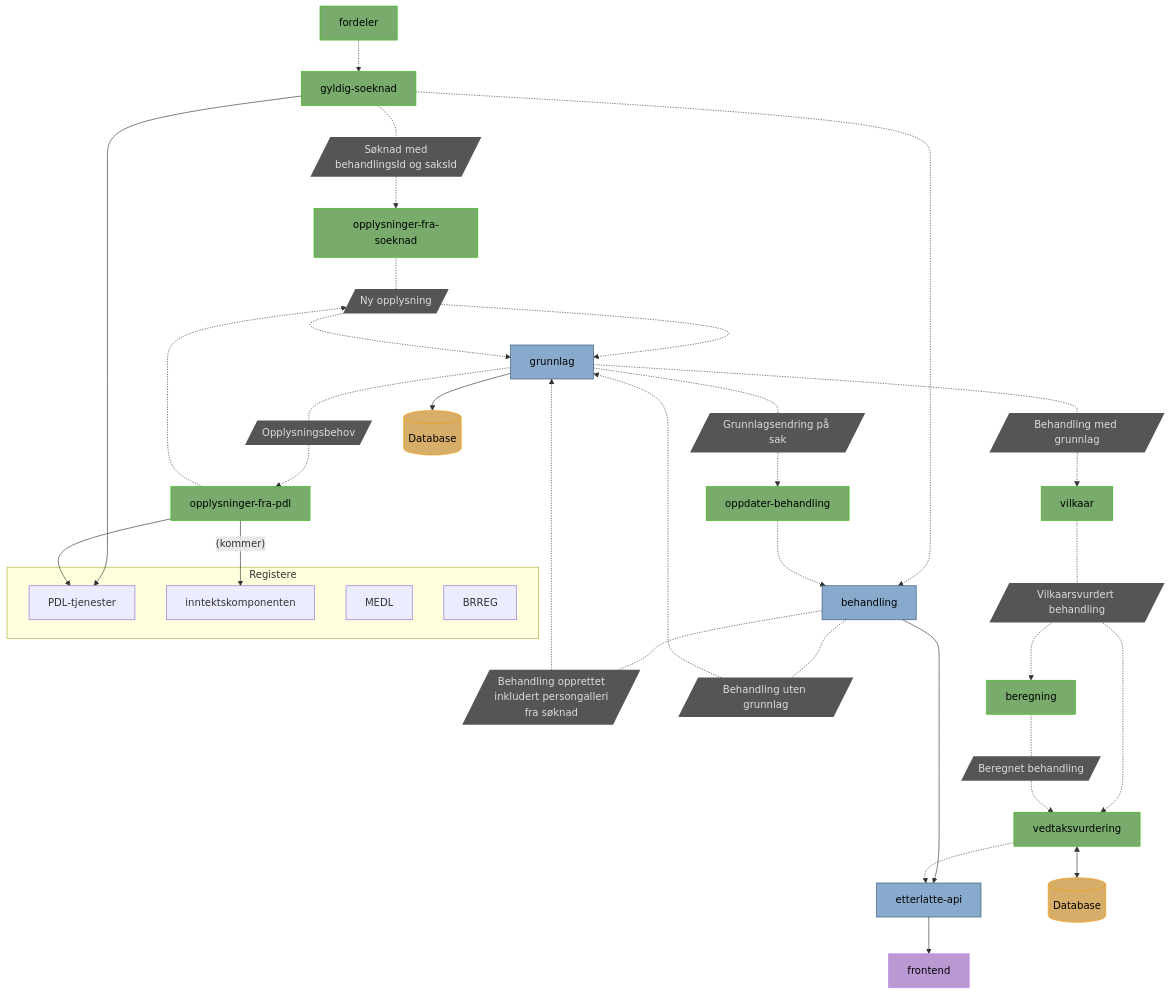
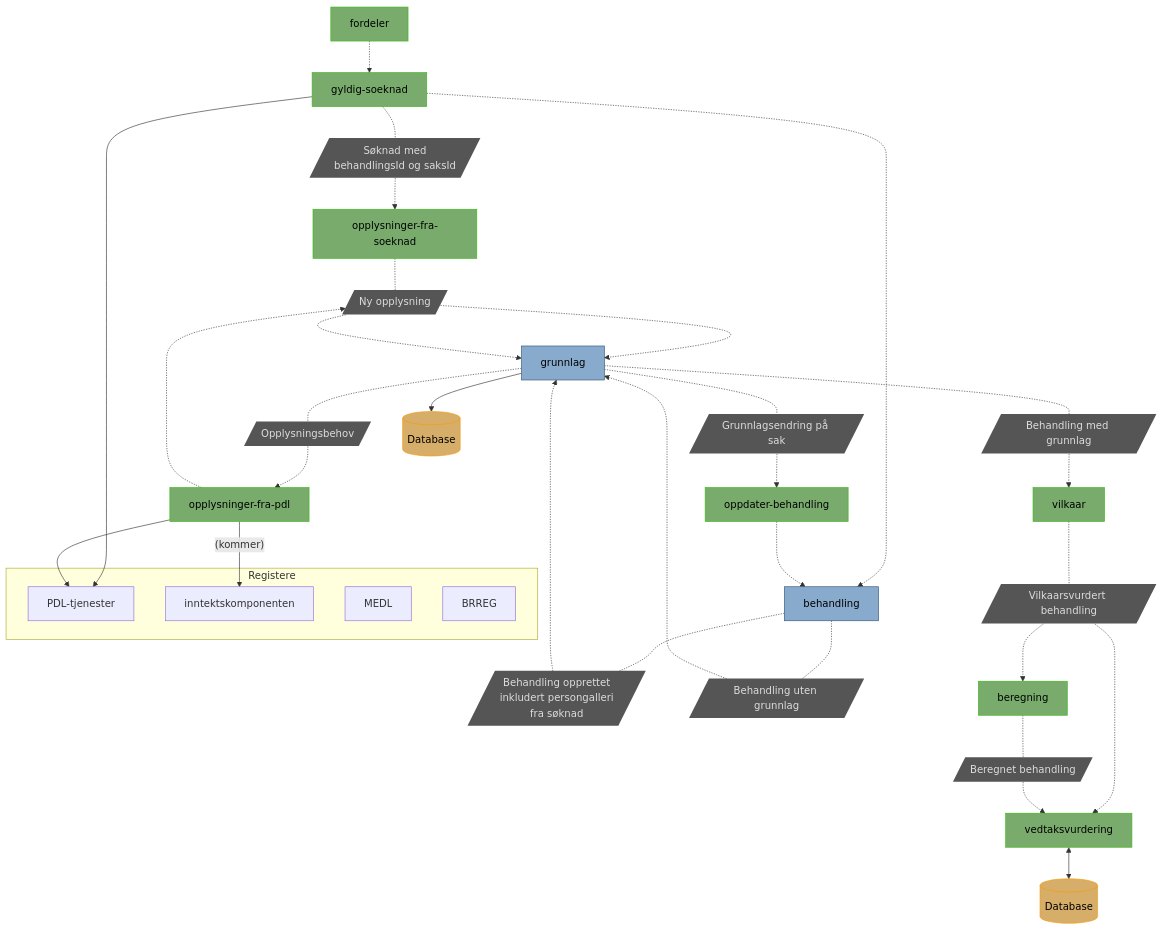
One commit to navikt/pensjon-etterlatte-saksbehandling changed the diagram in README.md. Above: the diagram before and after it, drawn with Mermaid. The commit also changed other lines of this file, not shown here.

Commit message:
EY-1524 Update readme

````diff
--- a/README.md
+++ b/README.md
@@ -108,46 +105,43 @@
 ```mermaid
 flowchart TD
 
 classDef front fill:#BA99D2FF,color:#000,stroke:#C488F0FF
 classDef app fill:#88AACC,color:#000,stroke:#335577
 classDef db fill:#D7AE69FF,color:#000,stroke:#F39D0CFF
 classDef kafka fill:#79ab6d,color:#000,stroke:#39ba15
 classDef msg fill:#555,color:#ddd,stroke:none
 
 fordeler:::kafka -.-> gyldig-soeknad
 
 gyldig-soeknad:::kafka -.- t1[/"S&oslash;knad med\n behandlingsId og saksId"/]:::msg -.-> opplysninger-fra-soeknad
 gyldig-soeknad -.-> behandling:::app
 gyldig-soeknad --> pdl
 
 behandling -.- t2[/"Behandling opprettet\n inkludert persongalleri\n fra s&oslash;knad"/]:::msg -.-> grunnlag
 behandling -.- t3[/"Behandling uten grunnlag"/]:::msg -.-> grunnlag
-behandling --> etterlatte-api:::app
-etterlatte-api --> frontend:::front
 
 subgraph registere["Registere"]
     pdl["PDL-tjenester"]
     inntektskomponenten
     MEDL
     BRREG
 end
 
 opplysninger-fra-soeknad:::kafka -.- t5[/"Ny opplysning"/]:::msg -.-> grunnlag:::app
 opplysninger-fra-pdl:::kafka --> pdl
 opplysninger-fra-pdl -- "(kommer)" --> inntektskomponenten
 opplysninger-fra-pdl -.->  t5 -.-> grunnlag
 
 oppdater-behandling -.-> behandling
 
 grunnlag -.- t6[/"Opplysningsbehov"/]:::msg -.-> opplysninger-fra-pdl
 grunnlag -.- t7[/"Grunnlagsendring p&aring; sak"/]:::msg -.-> oppdater-behandling:::kafka
 grunnlag -.- t8[/"Behandling med grunnlag"/]:::msg -.-> vilkaar:::kafka
 grunnlag --> database[(Database)]:::db
 
 vilkaar -.- t9[/"Vilkaarsvurdert behandling"/]:::msg -.-> vedtaksvurdering:::kafka
 t9 -.-> beregning:::kafka
 beregning -.- t11[/"Beregnet behandling"/]:::msg -.-> vedtaksvurdering
 
 vedtaksvurdering <--> db2[(Database)]:::db
-vedtaksvurdering -.-> etterlatte-api
 ```
````
